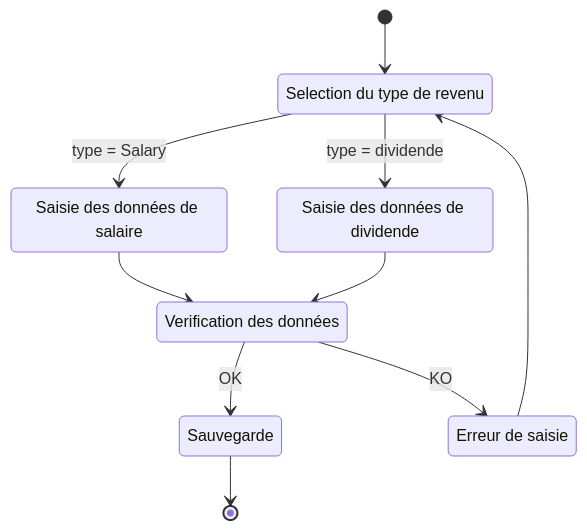
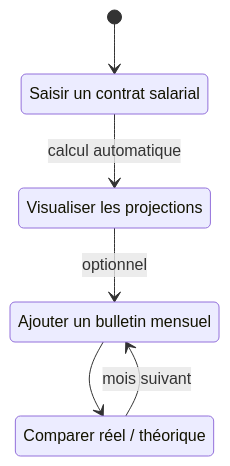
One commit to Neogost/MyFinance changed the sixth of 7 diagrams in docs/architecture/overview.md. Above: the diagram before and after it, drawn with Mermaid. The commit also changed other lines of this file, not shown here.

Commit message:
feat: documentation de la gestion des revenues

````diff
--- a/docs/architecture/overview.md
+++ b/docs/architecture/overview.md
@@ -215,21 +217,13 @@
 ```mermaid
-%% Contenu copié depuis docs/architecture/diagram/activity-income-management-add-diagram.mmd
-stateDiagram
-    %% state
-    state "Selection du type de revenu" as typeOfIncome
-    state "Saisie des données de salaire" as dataFromSalary
-    state "Saisie des données de dividende" as dataFromDividend
-    state "Verification des données" as verifyData
-    state "Sauvegarde" as save
-    state "Erreur de saisie" as errorFromUser
+stateDiagram-v2
+    state "Saisir un contrat salarial" as contract
+    state "Visualiser les projections" as projections
+    state "Ajouter un bulletin mensuel" as slip
+    state "Comparer réel / théorique" as compare
 
-    [*] --> typeOfIncome
-    typeOfIncome --> dataFromSalary : type = Salary
-    typeOfIncome --> dataFromDividend : type = dividende
-    dataFromSalary --> verifyData
-    dataFromDividend --> verifyData
-    verifyData --> save : OK
-    verifyData --> errorFromUser : KO
-    errorFromUser --> typeOfIncome
-    save --> [*]
+    [*] --> contract
+    contract --> projections : calcul automatique
+    projections --> slip : optionnel
+    slip --> compare
+    compare --> slip : mois suivant
 ```
````
